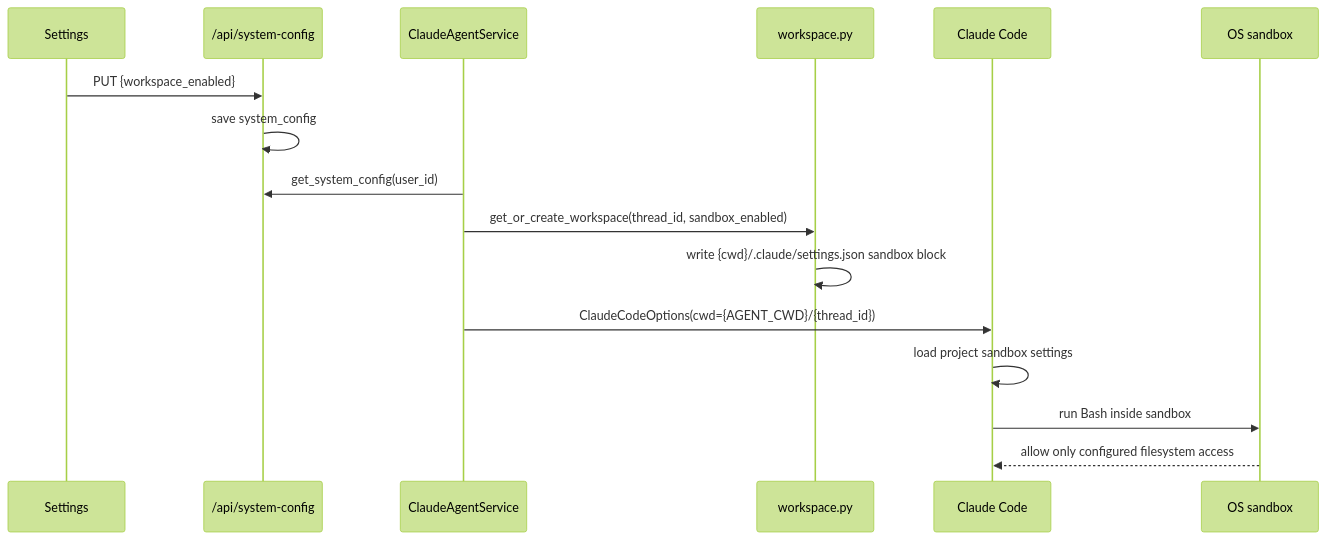
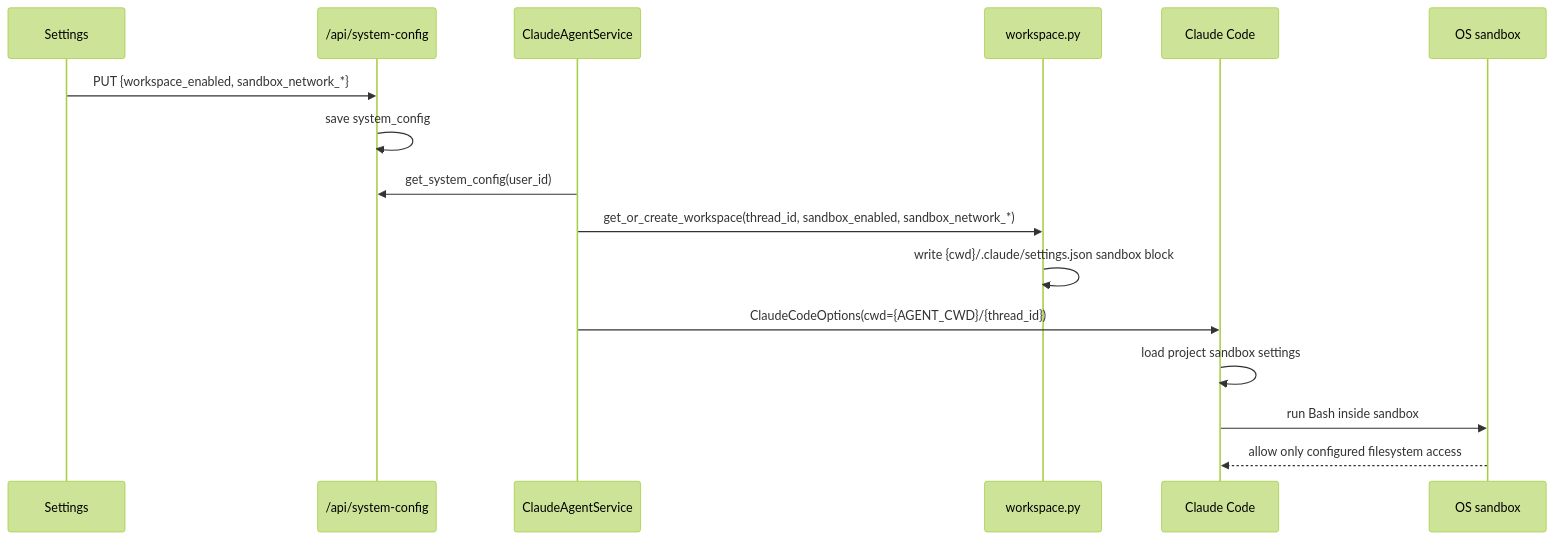
Before and after one commit to glide-the/im-dream: the diagram in docs/design/claude-agent/claude-agent-workspace-sandbox.md, drawn with Mermaid (forest theme). The commit also changed other lines of this file and 30 other files, not shown here.

First line of the commit message:
feat: add sandbox network policy controls to Settings

````diff
--- a/docs/design/claude-agent/claude-agent-workspace-sandbox.md
+++ b/docs/design/claude-agent/claude-agent-workspace-sandbox.md
@@ -169,19 +194,19 @@
 ```mermaid
 sequenceDiagram
     participant UI as Settings
     participant API as /api/system-config
     participant Service as ClaudeAgentService
     participant Workspace as workspace.py
     participant CC as Claude Code
     participant OS as OS sandbox
 
-    UI->>API: PUT {workspace_enabled}
+    UI->>API: PUT {workspace_enabled, sandbox_network_*}
     API->>API: save system_config
     Service->>API: get_system_config(user_id)
-    Service->>Workspace: get_or_create_workspace(thread_id, sandbox_enabled)
+    Service->>Workspace: get_or_create_workspace(thread_id, sandbox_enabled, sandbox_network_*)
     Workspace->>Workspace: write {cwd}/.claude/settings.json sandbox block
     Service->>CC: ClaudeCodeOptions(cwd={AGENT_CWD}/{thread_id})
     CC->>CC: load project sandbox settings
     CC->>OS: run Bash inside sandbox
     OS-->>CC: allow only configured filesystem access
 ```
````
